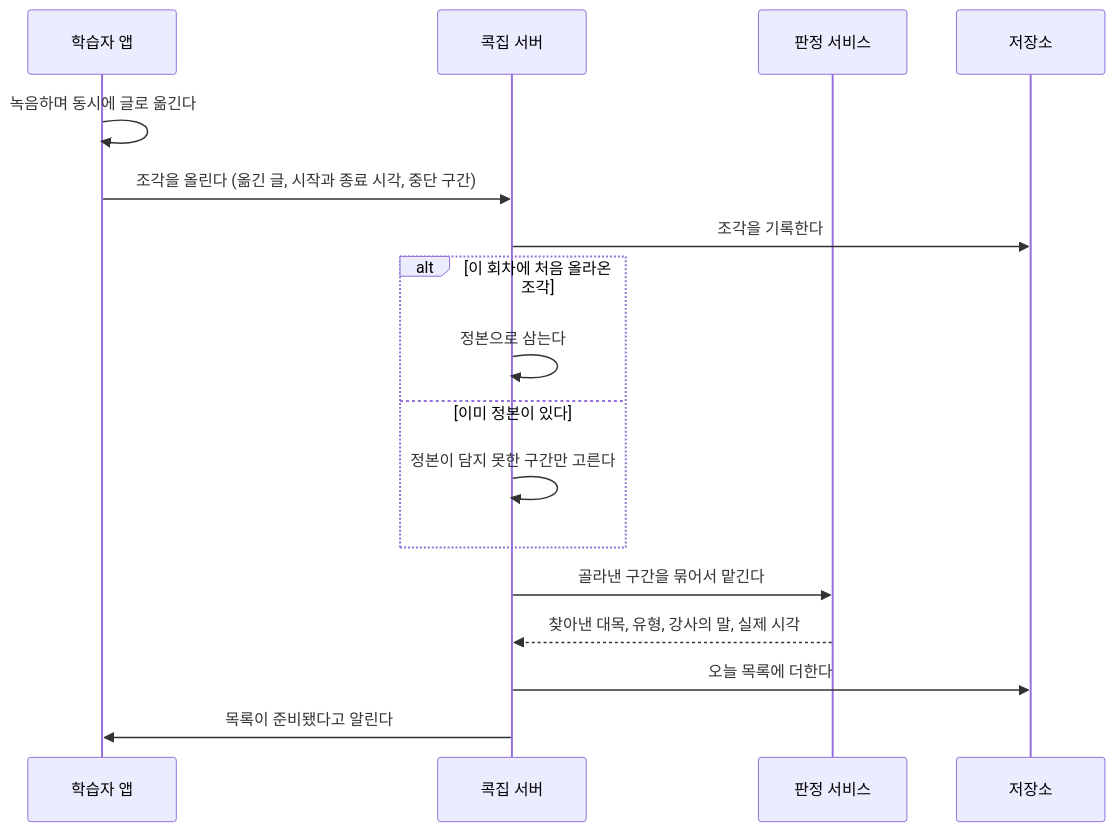
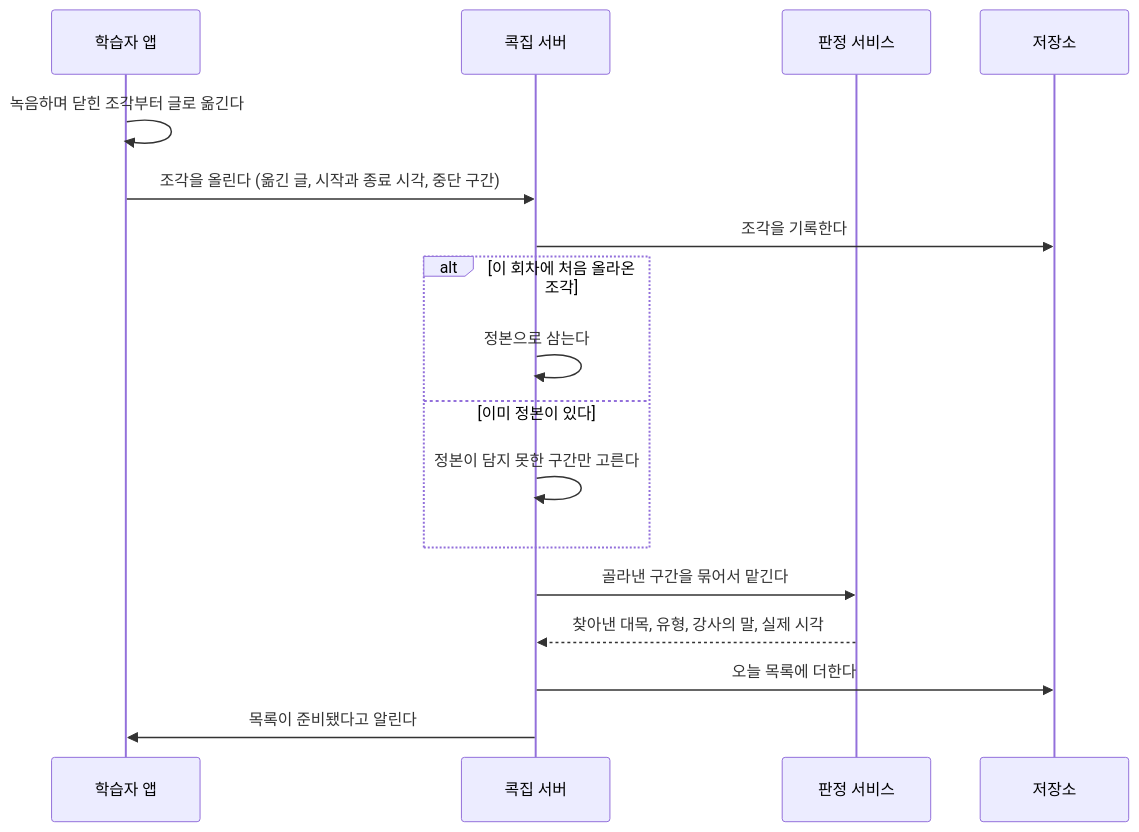
Before and after one commit to hayoungv/kokjip: the second of 7 diagrams in docs/02-srs/srs.md, drawn with Mermaid. The commit also changed other lines of this file and 2 other files, not shown here.

````diff
--- a/docs/02-srs/srs.md
+++ b/docs/02-srs/srs.md
@@ -134,20 +134,20 @@
 ```mermaid
 sequenceDiagram
     participant 앱 as 학습자 앱
     participant 서버 as 콕집 서버
     participant 판정 as 판정 서비스
     participant 저장 as 저장소
 
-    앱->>앱: 녹음하며 동시에 글로 옮긴다
+    앱->>앱: 녹음하며 닫힌 조각부터 글로 옮긴다
     앱->>서버: 조각을 올린다 (옮긴 글, 시작과 종료 시각, 중단 구간)
     서버->>저장: 조각을 기록한다
     alt 이 회차에 처음 올라온 조각
         서버->>서버: 정본으로 삼는다
     else 이미 정본이 있다
         서버->>서버: 정본이 담지 못한 구간만 고른다
     end
     서버->>판정: 골라낸 구간을 묶어서 맡긴다
     판정-->>서버: 찾아낸 대목, 유형, 강사의 말, 실제 시각
     서버->>저장: 오늘 목록에 더한다
     서버->>앱: 목록이 준비됐다고 알린다
 ```
````
